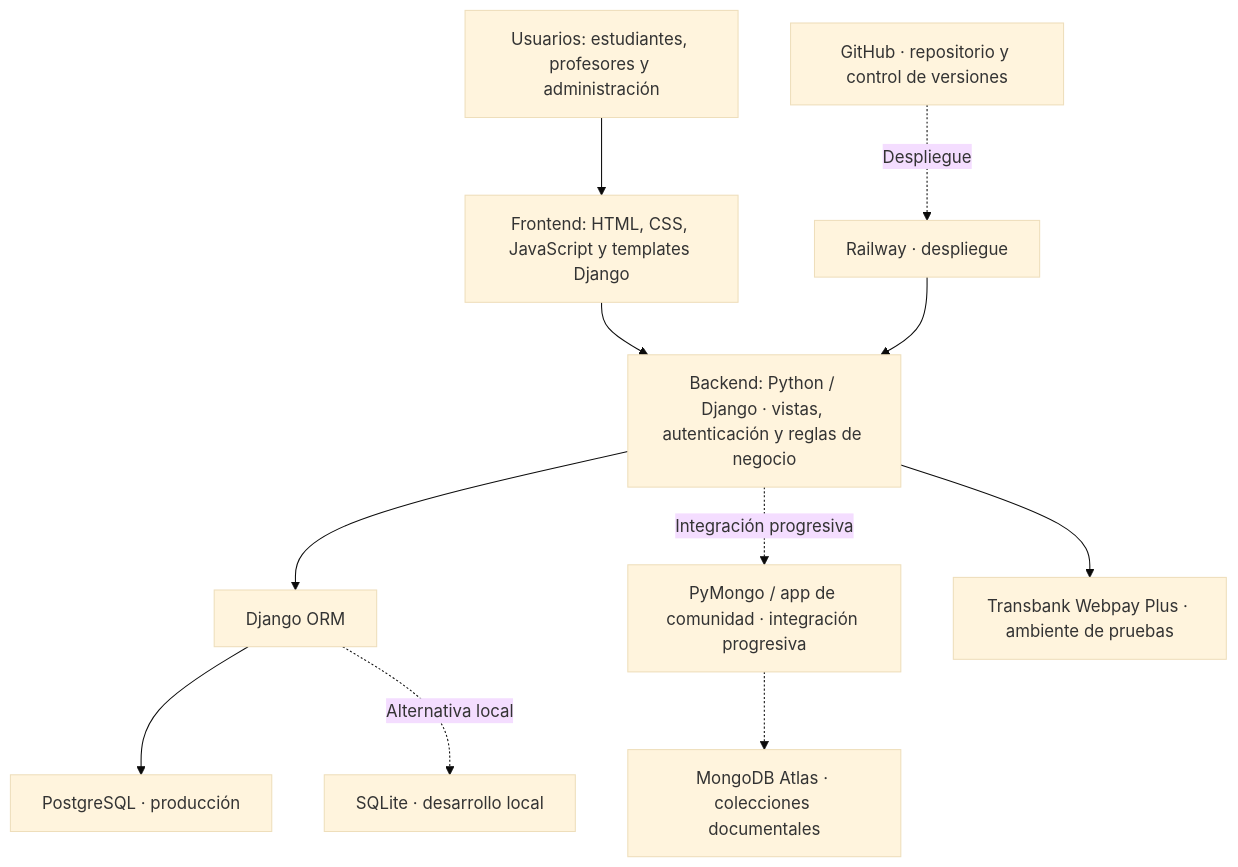
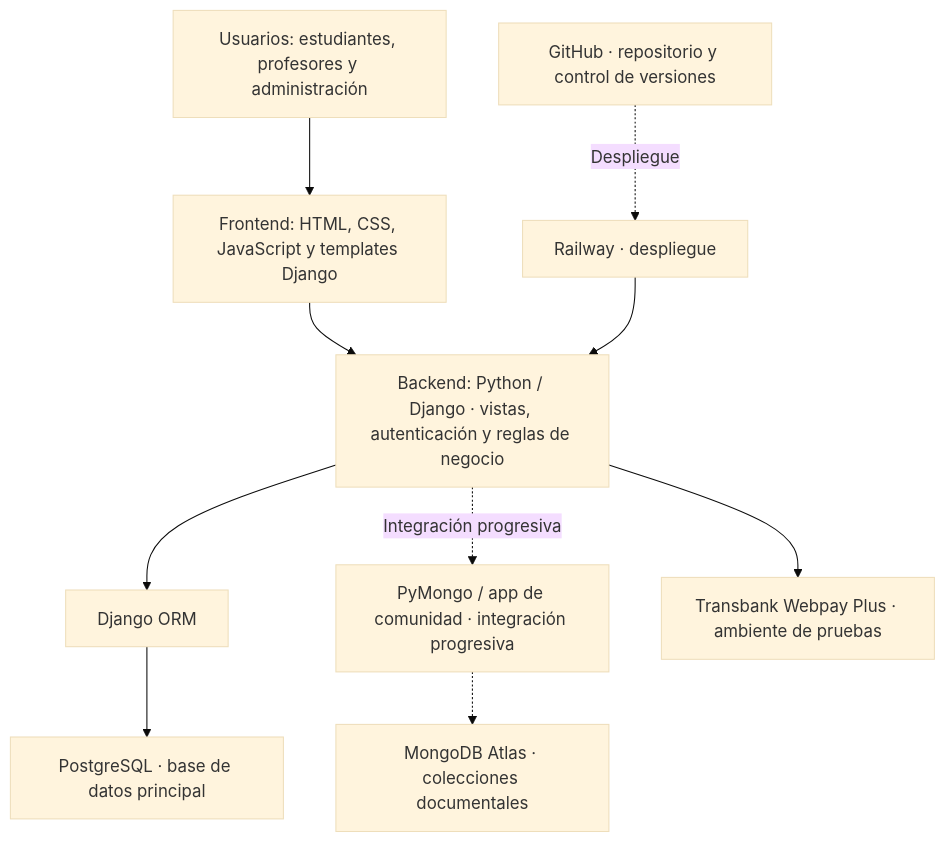
One commit to frsaez21/Grupo-5-Capstone- changed the diagram in README.md. Above: the diagram before and after it, drawn with Mermaid (base theme). The commit also changed other lines of this file, not shown here.

````diff
--- a/README.md
+++ b/README.md
@@ -79,24 +82,22 @@
 ```mermaid
 flowchart TB
     U["Usuarios: estudiantes, profesores y administración"]
     FE["Frontend: HTML, CSS, JavaScript y templates Django"]
     DJ["Backend: Python / Django · vistas, autenticación y reglas de negocio"]
     ORM["Django ORM"]
-    PG["PostgreSQL · producción"]
-    SQL["SQLite · desarrollo local"]
+    PG["PostgreSQL · base de datos principal"]
     PY["PyMongo / app de comunidad · integración progresiva"]
     MDB["MongoDB Atlas · colecciones documentales"]
     TB["Transbank Webpay Plus · ambiente de pruebas"]
     GH["GitHub · repositorio y control de versiones"]
     RW["Railway · despliegue"]
 
     U --> FE --> DJ
     DJ --> ORM
     ORM --> PG
-    ORM -. "Alternativa local" .-> SQL
     DJ -. "Integración progresiva" .-> PY
     PY -.-> MDB
     DJ --> TB
     GH -. "Despliegue" .-> RW
     RW --> DJ
 ```
````
